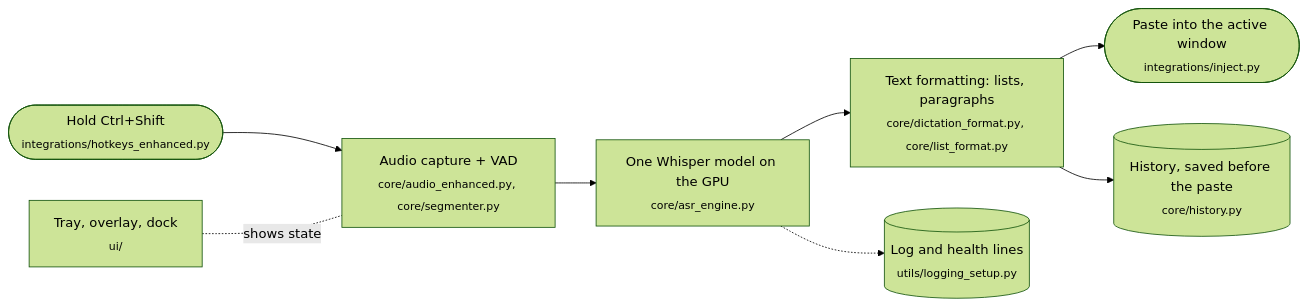
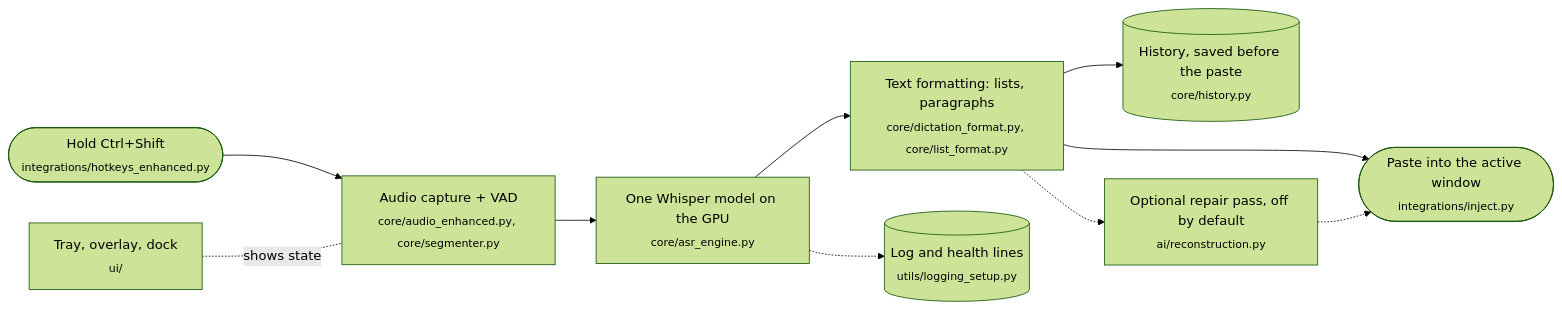
One commit to GrimFandango42/VoiceFlow changed the diagram in README.md. Above: the diagram before and after it, drawn with Mermaid (forest theme). The commit also changed other lines of this file and 3 other files, not shown here.

````diff
--- a/README.md
+++ b/README.md
@@ -87,10 +93,11 @@
 ```mermaid
 flowchart LR
   key(["Hold Ctrl+Shift<br/><sub>integrations/hotkeys_enhanced.py</sub>"]) --> mic["Audio capture + VAD<br/><sub>core/audio_enhanced.py, core/segmenter.py</sub>"]
   mic --> asr["One Whisper model on the GPU<br/><sub>core/asr_engine.py</sub>"]
   asr --> fmt["Text formatting: lists, paragraphs<br/><sub>core/dictation_format.py, core/list_format.py</sub>"]
   fmt --> paste(["Paste into the active window<br/><sub>integrations/inject.py</sub>"])
   fmt --> hist[("History, saved before the paste<br/><sub>core/history.py</sub>")]
+  fmt -.-> repair["Optional repair pass, off by default<br/><sub>ai/reconstruction.py</sub>"] -.-> paste
   asr -.-> log[("Log and health lines<br/><sub>utils/logging_setup.py</sub>")]
   ui["Tray, overlay, dock<br/><sub>ui/</sub>"] -. shows state .- mic
 ```
````
